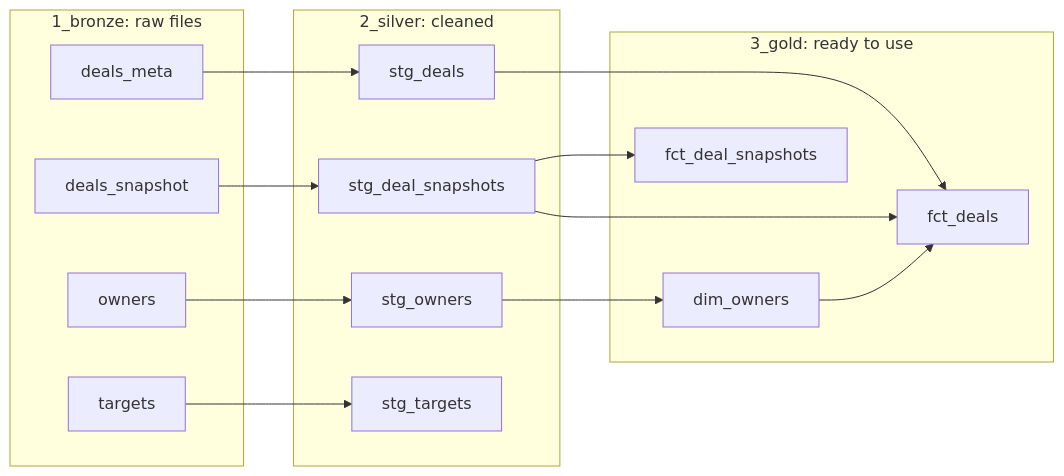
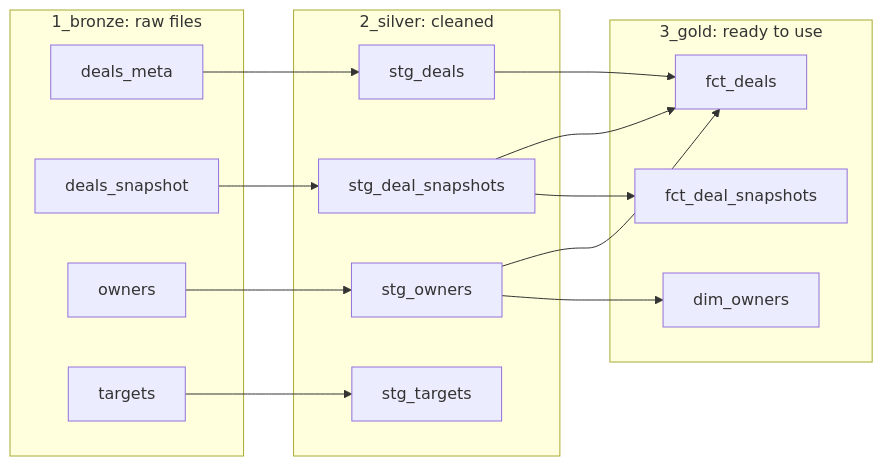
Before and after one commit to Nathaliatrotte/innovatech-revops: the diagram in README.md, drawn with Mermaid. The commit also changed other lines of this file and 18 other files, not shown here.

````diff
--- a/README.md
+++ b/README.md
@@ -67,29 +69,29 @@
 ```mermaid
 flowchart LR
   subgraph 1bronze["1_bronze: raw files"]
     deals_meta
     deals_snapshot
     owners
     targets
   end
   subgraph 2silver["2_silver: cleaned"]
     stg_deal_snapshots
     stg_deals
     stg_owners
     stg_targets
   end
   subgraph 3gold["3_gold: ready to use"]
     dim_owners
     fct_deal_snapshots
     fct_deals
   end
   targets --> stg_targets
   owners --> stg_owners
   deals_meta --> stg_deals
   deals_snapshot --> stg_deal_snapshots
   stg_deal_snapshots --> fct_deal_snapshots
   stg_owners --> dim_owners
+  stg_owners --> fct_deals
   stg_deals --> fct_deals
-  dim_owners --> fct_deals
   stg_deal_snapshots --> fct_deals
 ```
````
